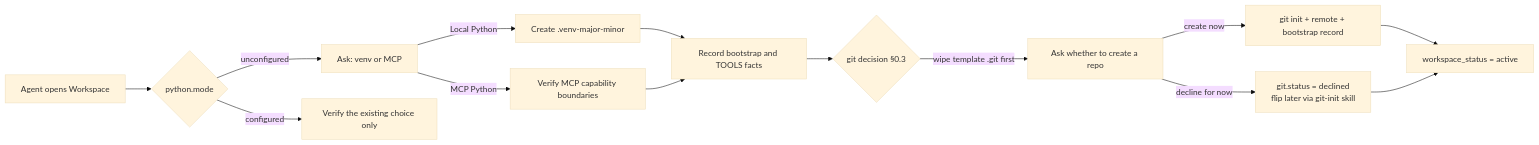
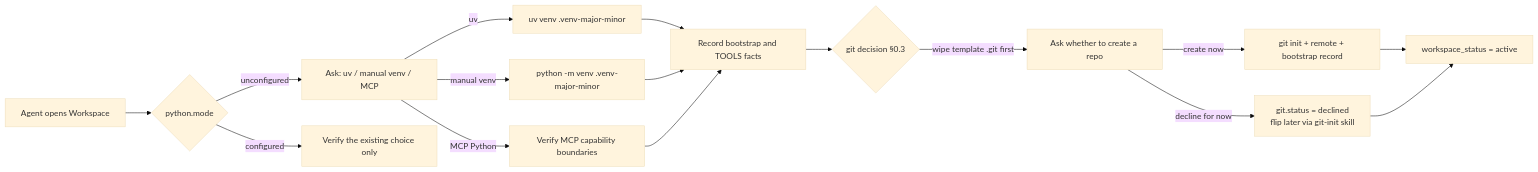
One commit to KinoluKaslana/WorkspaceTemplate changed the diagram in README_EN.md. Above: the diagram before and after it, drawn with Mermaid (base theme). The commit also changed other lines of this file and 11 other files, not shown here.

````diff
--- a/README_EN.md
+++ b/README_EN.md
@@ -83,16 +86,18 @@
 ```mermaid
 flowchart LR
     A[Agent opens Workspace] --> B{python.mode}
-    B -->|unconfigured| C[Ask: venv or MCP]
-    C -->|Local Python| D[Create .venv-major-minor]
+    B -->|unconfigured| C[Ask: uv / manual venv / MCP]
+    C -->|uv| D1[uv venv .venv-major-minor]
+    C -->|manual venv| D2[python -m venv .venv-major-minor]
     C -->|MCP Python| E[Verify MCP capability boundaries]
-    D --> F[Record bootstrap and TOOLS facts]
+    D1 --> F[Record bootstrap and TOOLS facts]
+    D2 --> F
     E --> F
     F --> G{git decision §0.3}
     G -->|wipe template .git first| H[Ask whether to create a repo]
     H -->|create now| I[git init + remote + bootstrap record]
     H -->|decline for now| J[git.status = declined<br>flip later via git-init skill]
     I --> K[workspace_status = active]
     J --> K
     B -->|configured| L[Verify the existing choice only]
 ```
````
